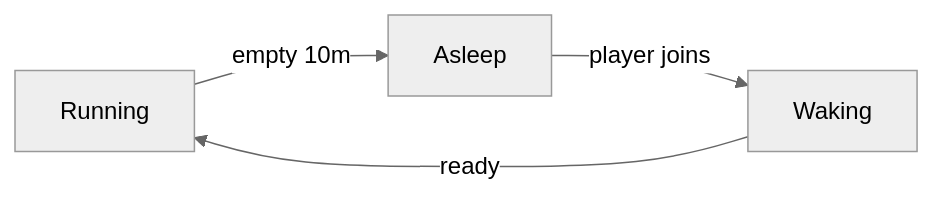
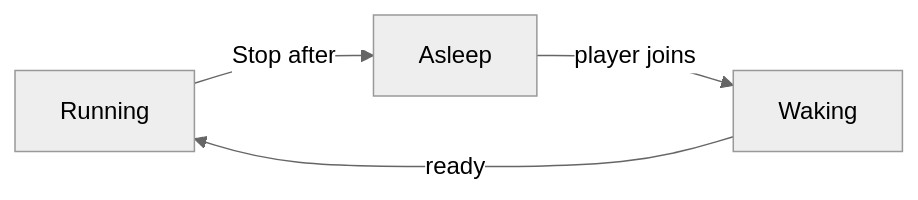
Before and after one commit to Ketbome/minepanel: the fifth of 7 diagrams in doc/networking.md, drawn with Mermaid (neutral theme). The commit also changed other lines of this file, not shown here.

````diff
--- a/doc/networking.md
+++ b/doc/networking.md
@@ -335,6 +337,6 @@
 ```mermaid
 flowchart LR
-    R["Running"] -->|"empty 10m"| A["Asleep"]
+    R["Running"] -->|"Stop after"| A["Asleep"]
     A -->|"player joins"| W["Waking"]
     W -->|"ready"| R
 ```
````
